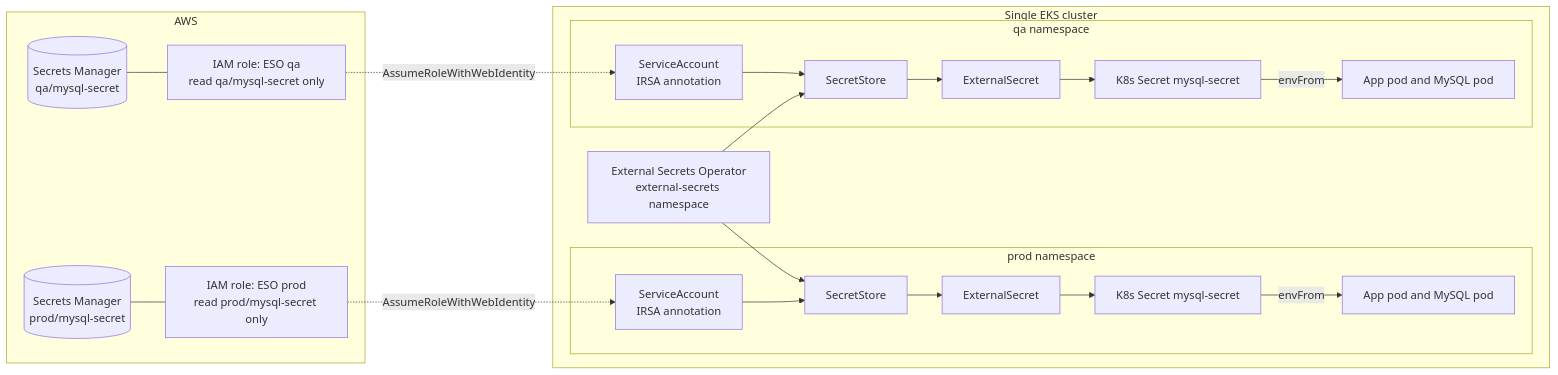
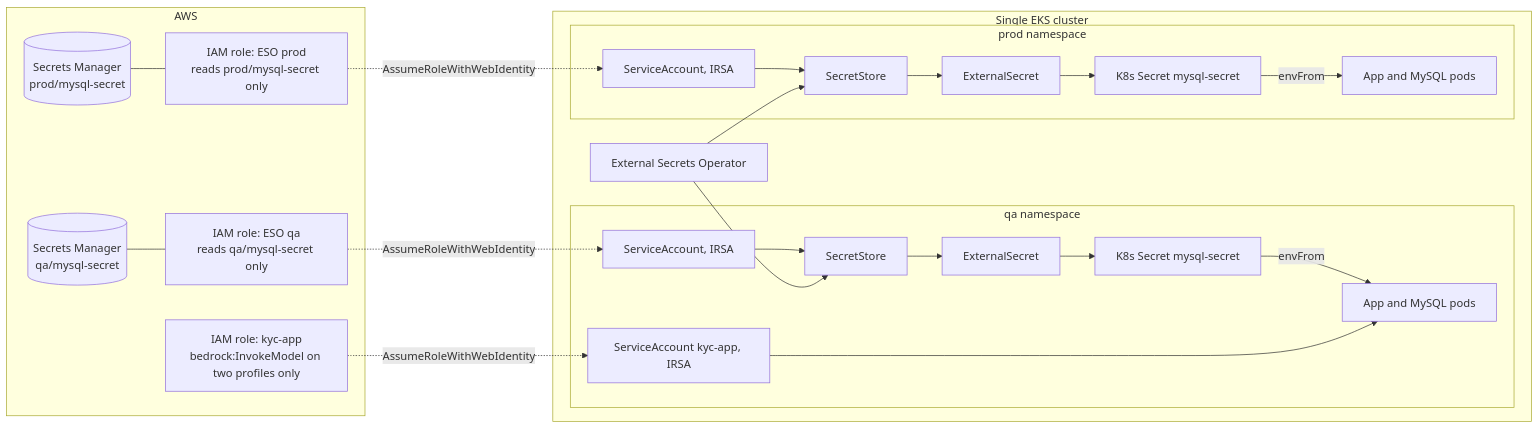
One commit to meetbrij/prod-grade-e2e-devsecops-pipeline changed the third of 9 diagrams in README.md. Above: the diagram before and after it, drawn with Mermaid. The commit also changed other lines of this file and 4 other files, not shown here.

````diff
--- a/README.md
+++ b/README.md
@@ -126,32 +161,29 @@
 ```mermaid
 flowchart LR
     subgraph AWS[AWS]
         SMQ[(Secrets Manager<br/>qa/mysql-secret)]
         SMP[(Secrets Manager<br/>prod/mysql-secret)]
-        IAMQ[IAM role: ESO qa<br/>read qa/mysql-secret only]
-        IAMP[IAM role: ESO prod<br/>read prod/mysql-secret only]
+        IAMQ[IAM role: ESO qa<br/>reads qa/mysql-secret only]
+        IAMP[IAM role: ESO prod<br/>reads prod/mysql-secret only]
+        IAMB[IAM role: kyc-app<br/>bedrock:InvokeModel on two profiles only]
         SMQ --- IAMQ
         SMP --- IAMP
     end
-
     subgraph K8S[Single EKS cluster]
-        ESO[External Secrets Operator<br/>external-secrets namespace]
+        ESO[External Secrets Operator]
         subgraph QA[qa namespace]
-            SAQ[ServiceAccount<br/>IRSA annotation]
-            SSQ[SecretStore] --> ESQ[ExternalSecret] --> KSQ[K8s Secret mysql-secret]
-            KSQ -->|envFrom| QAPODS[App pod and MySQL pod]
-            SAQ --> SSQ
+            SAQ[ServiceAccount, IRSA] --> SSQ[SecretStore] --> ESQ[ExternalSecret] --> KSQ[K8s Secret mysql-secret]
+            KSQ -->|envFrom| QAPODS[App and MySQL pods]
+            SAA[ServiceAccount kyc-app, IRSA] --> QAPODS
         end
         subgraph PROD[prod namespace]
-            SAP[ServiceAccount<br/>IRSA annotation]
-            SSP[SecretStore] --> ESP[ExternalSecret] --> KSP[K8s Secret mysql-secret]
-            KSP -->|envFrom| PRODPODS[App pod and MySQL pod]
-            SAP --> SSP
+            SAP[ServiceAccount, IRSA] --> SSP[SecretStore] --> ESP[ExternalSecret] --> KSP[K8s Secret mysql-secret]
+            KSP -->|envFrom| PRODPODS[App and MySQL pods]
         end
         ESO --> SSQ
         ESO --> SSP
     end
-
     IAMQ -. AssumeRoleWithWebIdentity .-> SAQ
     IAMP -. AssumeRoleWithWebIdentity .-> SAP
+    IAMB -. AssumeRoleWithWebIdentity .-> SAA
 ```
````
